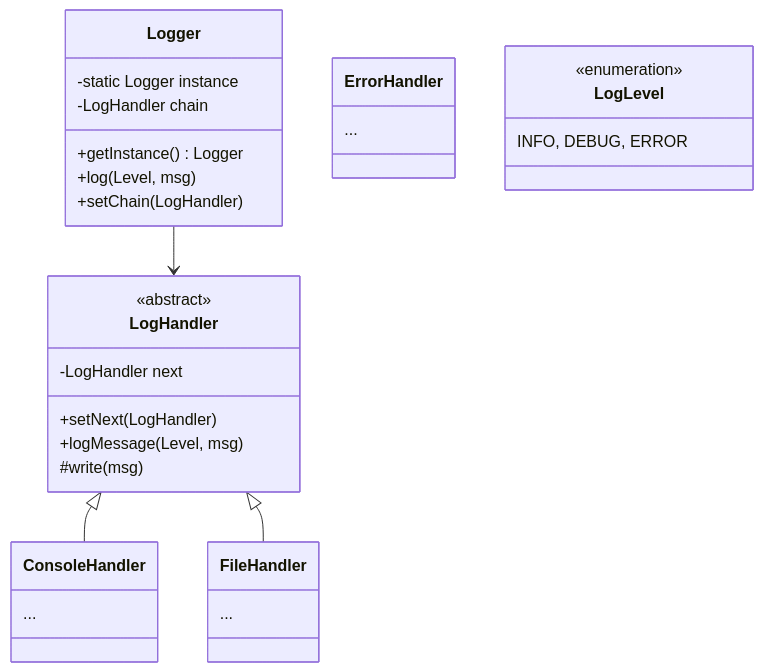
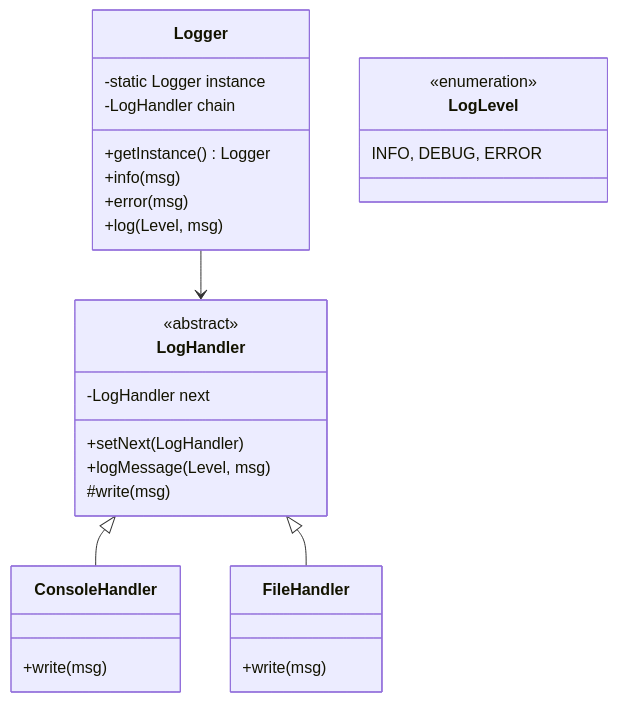
One commit to nishchalnishant/SystemDesign changed the diagram in lld-problems/problems/14-design-logger-library.md. Above: the diagram before and after it, drawn with Mermaid. The commit also changed other lines of this file and 22 other files, not shown here.

````diff
--- a/lld-problems/problems/14-design-logger-library.md
+++ b/lld-problems/problems/14-design-logger-library.md
@@ -17,31 +62,35 @@
 ```mermaid
 classDiagram
     class Logger {
         -static Logger instance
         -LogHandler chain
         +getInstance() Logger
+        +info(msg)
+        +error(msg)
         +log(Level, msg)
-        +setChain(LogHandler)
     }
 
     class LogHandler {
         <<abstract>>
         -LogHandler next
         +setNext(LogHandler)
         +logMessage(Level, msg)
         #write(msg)
     }
 
-    class ConsoleHandler { ... }
-    class FileHandler { ... }
-    class ErrorHandler { ... }
-
+    class ConsoleHandler { 
+        +write(msg)
+    }
+    class FileHandler { 
+        +write(msg)
+    }
+    
     class LogLevel {
         <<enumeration>>
         INFO, DEBUG, ERROR
     }
 
     Logger --> LogHandler
     LogHandler <|-- ConsoleHandler
     LogHandler <|-- FileHandler
 ```
````
